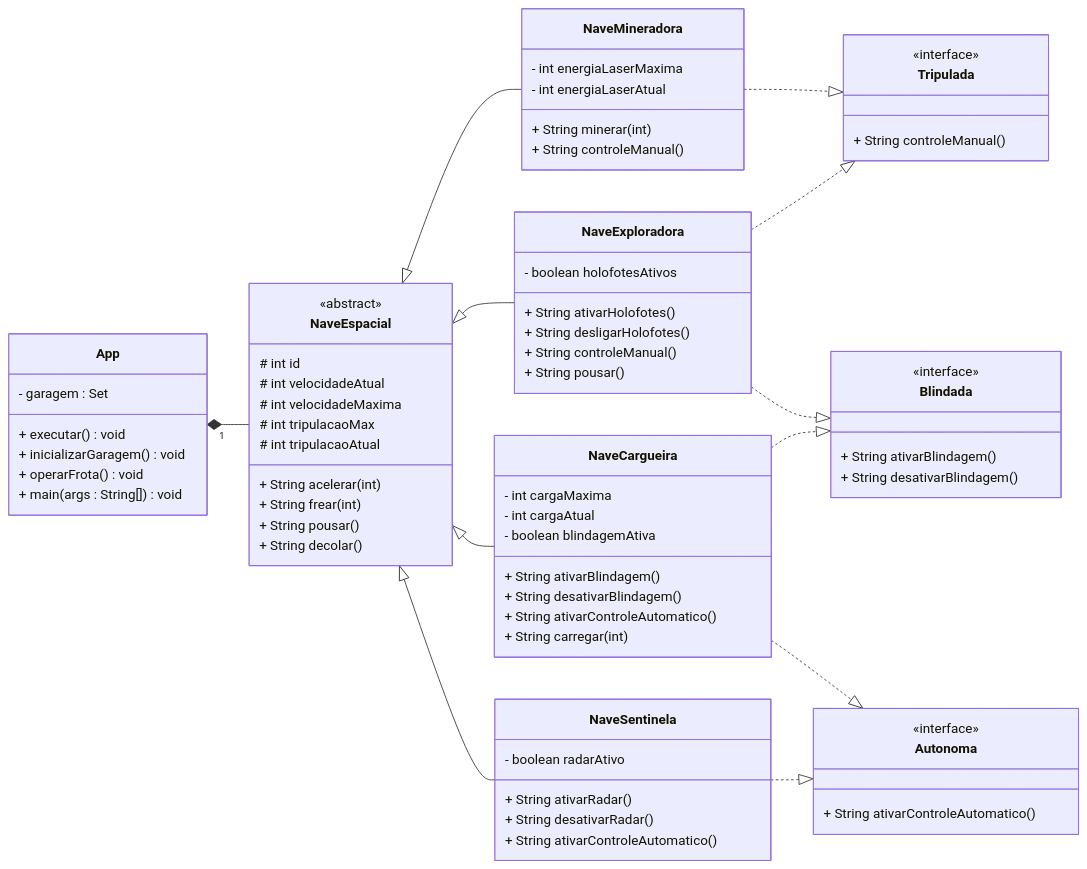
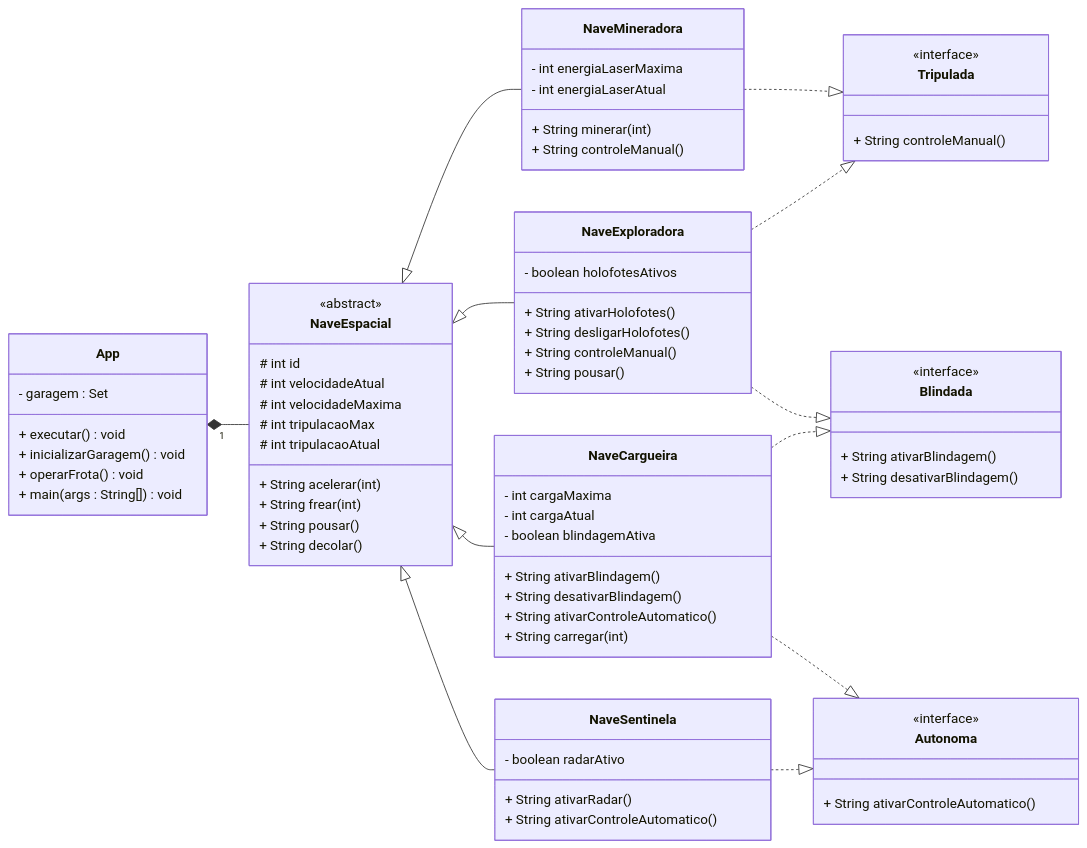
Before and after one commit to sergio-prolo-class/lista-4-devdivos: the diagram in readme.md, drawn with Mermaid. The commit also changed 3 other files, not shown here.

```diff
--- a/readme.md
+++ b/readme.md
@@ -79,7 +79,6 @@
     class NaveSentinela {
         - boolean radarAtivo
         + String ativarRadar()
-        + String desativarRadar()
         + String ativarControleAutomatico()
     }
     
```
